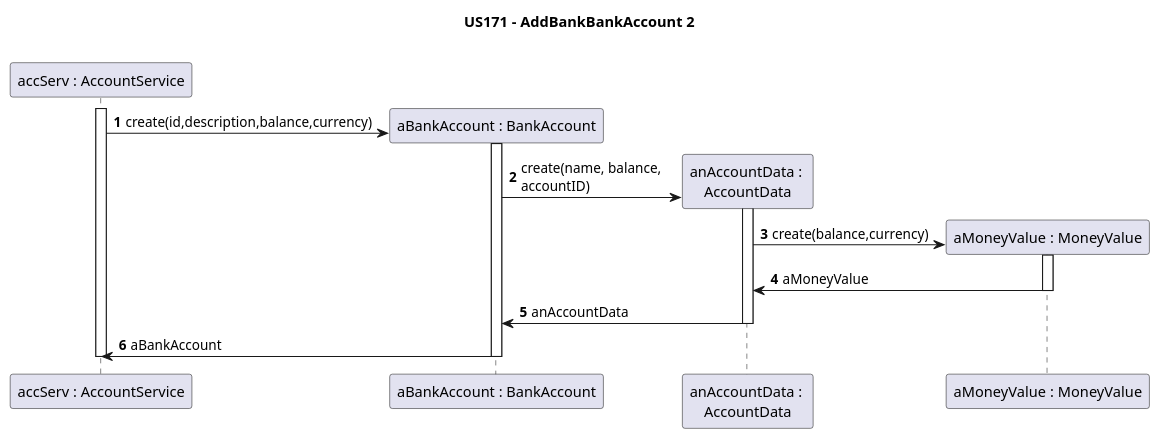
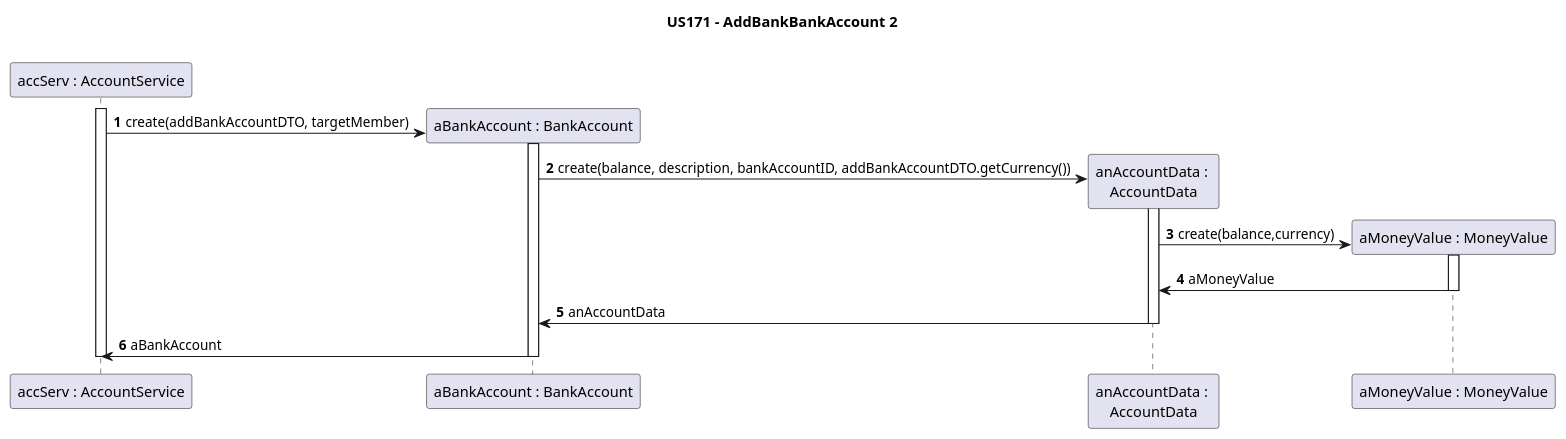
One commit to tomas-osswald/switch_2020_g3 changed the fourth of 5 diagrams in docs/sprint2/user_stories/US171_AddBankAccount.md. Above: the diagram before and after it, drawn with PlantUML.

Commit message:
pulled and merged

`````diff
--- a/docs/sprint2/user_stories/US171_AddBankAccount.md
+++ b/docs/sprint2/user_stories/US171_AddBankAccount.md
@@ -170,27 +170,27 @@
 ````puml
 @startuml
 autonumber
 title US171 - AddBankBankAccount 2 
 
 participant "accServ : AccountService" as accServ
 participant "aBankAccount : BankAccount" as bankAcc
 participant "anAccountData : \nAccountData" as data
 participant "aMoneyValue : MoneyValue" as moneyV
 
 activate accServ
-accServ -> bankAcc **: create(id,description,balance,currency)
+accServ -> bankAcc **: create(addBankAccountDTO, targetMember)
 activate bankAcc
-bankAcc -> data **: create(name, balance, \naccountID)
+bankAcc -> data **: create(balance, description, bankAccountID, addBankAccountDTO.getCurrency())
 activate data
 data -> moneyV **: create(balance,currency)
 activate moneyV
 moneyV -> data: aMoneyValue
 deactivate moneyV
 data -> bankAcc: anAccountData
 deactivate data
 bankAcc -> accServ: aBankAccount
 deactivate bankAcc
 deactivate accServ
 
 @enduml
 ````
`````
